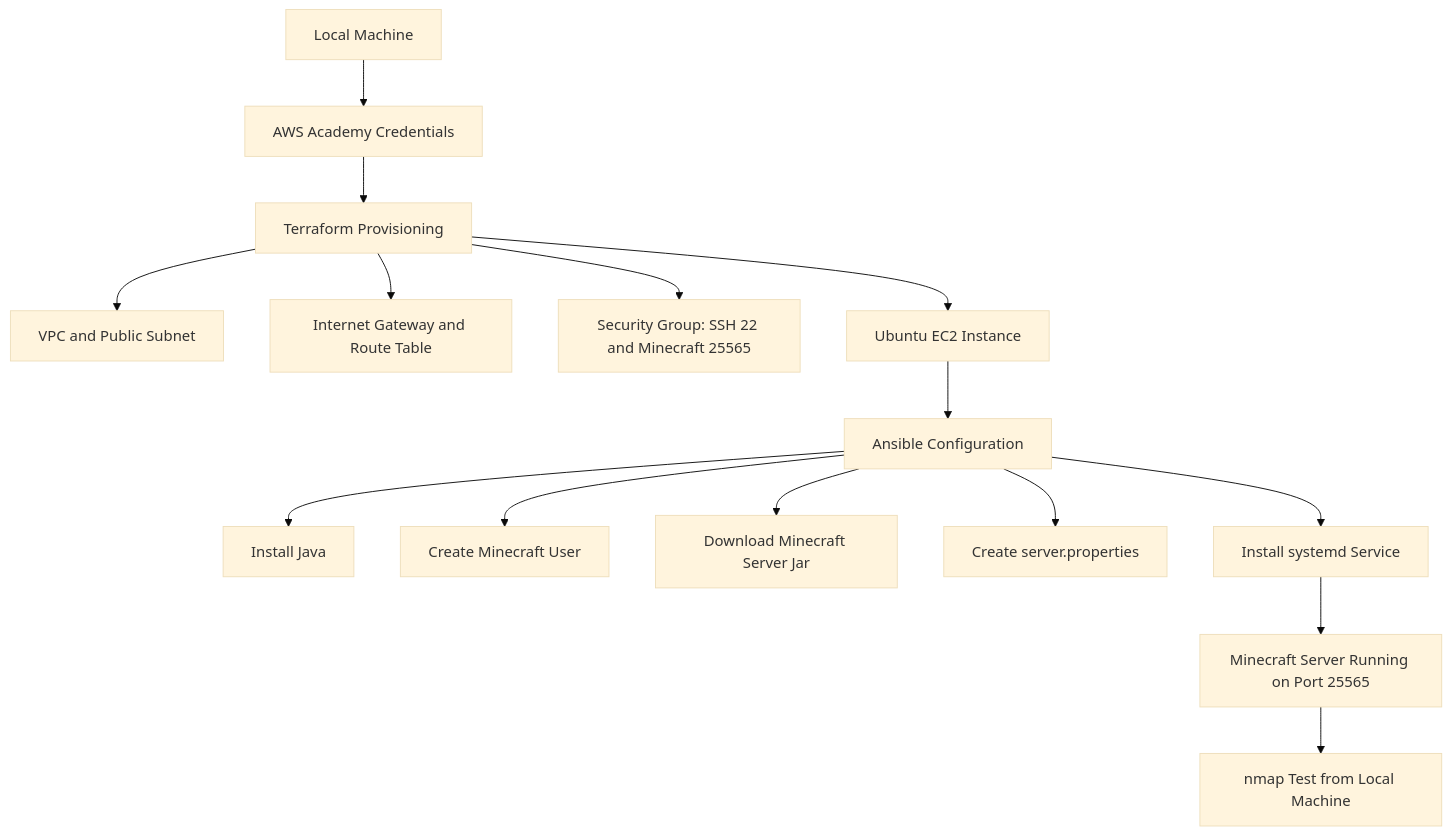
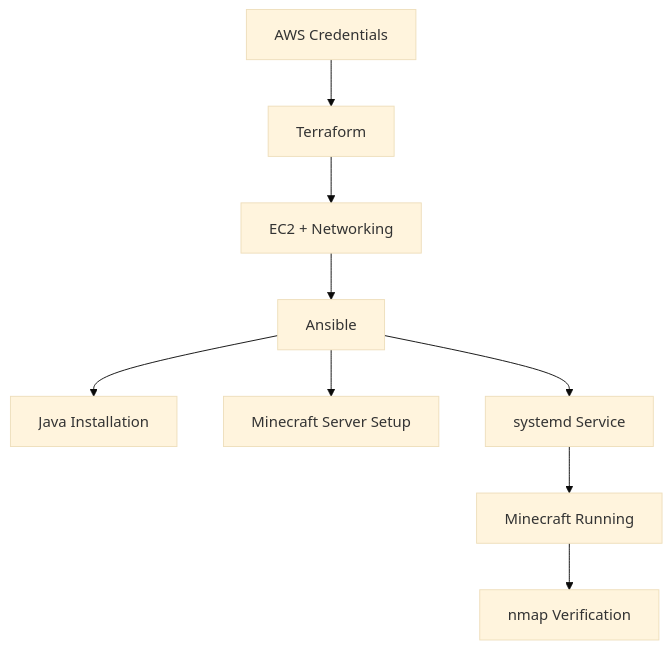
The diagram in README.md (ohmthakor/minecraft-iac-project), drawn with Mermaid (base theme) before and after one commit. The commit also changed other lines of this file, not shown here.

````diff
--- a/README.md
+++ b/README.md
@@ -13,17 +35,11 @@
 ```mermaid
 flowchart TD
-    A[Local Machine] --> B[AWS Academy Credentials]
-    B --> C[Terraform Provisioning]
-    C --> D[VPC and Public Subnet]
-    C --> E[Internet Gateway and Route Table]
-    C --> F[Security Group: SSH 22 and Minecraft 25565]
-    C --> G[Ubuntu EC2 Instance]
-    G --> H[Ansible Configuration]
-    H --> I[Install Java]
-    H --> J[Create Minecraft User]
-    H --> K[Download Minecraft Server Jar]
-    H --> L[Create server.properties]
-    H --> M[Install systemd Service]
-    M --> N[Minecraft Server Running on Port 25565]
-    N --> O[nmap Test from Local Machine]
+    A[AWS Credentials] --> B[Terraform]
+    B --> C[EC2 + Networking]
+    C --> D[Ansible]
+    D --> E[Java Installation]
+    D --> F[Minecraft Server Setup]
+    D --> G[systemd Service]
+    G --> H[Minecraft Running]
+    H --> I[nmap Verification]
 ```
````
